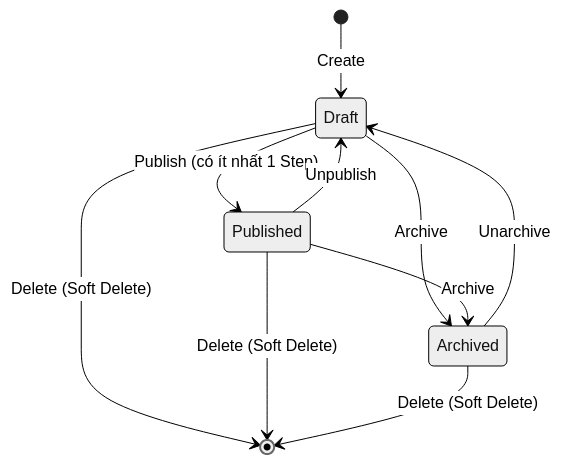
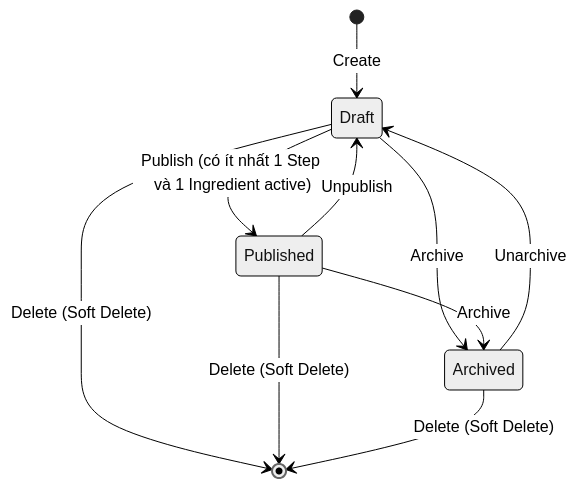
One commit to Dlyn1705/PTUDWNC-2026-Nhom5 changed the first of 3 diagrams in Culinary_Blog_Nhom5/docx/Spec/Culinary_Blog_Spec.md. Above: the diagram before and after it, drawn with Mermaid (neutral theme). The commit also changed other lines of this file and 37 other files, not shown here.

````diff
--- a/Culinary_Blog_Nhom5/docx/Spec/Culinary_Blog_Spec.md
+++ b/Culinary_Blog_Nhom5/docx/Spec/Culinary_Blog_Spec.md
@@ -55,12 +55,12 @@
 ```mermaid
 stateDiagram-v2
     [*] --> Draft: Create
-    Draft --> Published: Publish (có ít nhất 1 Step)
+    Draft --> Published: Publish (có ít nhất 1 Step và 1 Ingredient active)
     Published --> Draft: Unpublish
     Draft --> Archived: Archive
     Published --> Archived: Archive
     Archived --> Draft: Unarchive
     Draft --> [*]: Delete (Soft Delete)
     Published --> [*]: Delete (Soft Delete)
     Archived --> [*]: Delete (Soft Delete)
 ```
````
